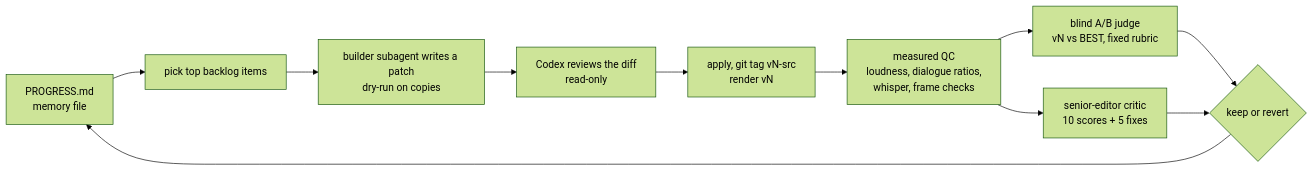
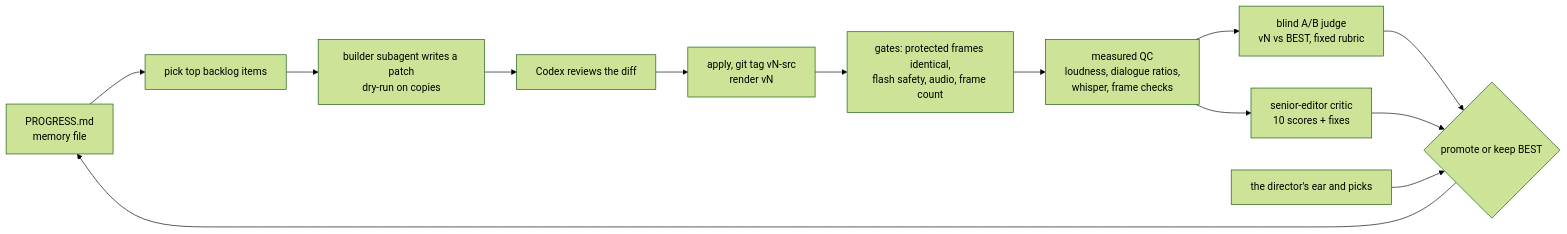
One commit to connorkersting/moonshot changed the diagram in README.md. Above: the diagram before and after it, drawn with Mermaid (forest theme). The commit also changed other lines of this file and 244 other files, not shown here.

````diff
--- a/README.md
+++ b/README.md
@@ -31,13 +40,15 @@
 ```mermaid
 flowchart LR
     P[PROGRESS.md<br/>memory file] --> I[pick top backlog items]
     I --> B[builder subagent writes a patch<br/>dry-run on copies]
-    B --> C[Codex reviews the diff<br/>read-only]
+    B --> C[Codex reviews the diff]
     C --> R[apply, git tag vN-src<br/>render vN]
-    R --> Q[measured QC<br/>loudness, dialogue ratios,<br/>whisper, frame checks]
+    R --> G[gates: protected frames identical,<br/>flash safety, audio, frame count]
+    G --> Q[measured QC<br/>loudness, dialogue ratios,<br/>whisper, frame checks]
     Q --> A[blind A/B judge<br/>vN vs BEST, fixed rubric]
-    Q --> E[senior-editor critic<br/>10 scores + 5 fixes]
-    A --> D{keep or revert}
+    Q --> E[senior-editor critic<br/>10 scores + fixes]
+    A --> D{promote or keep BEST}
     E --> D
+    H[the director's ear and picks] --> D
     D --> P
 ```
````
